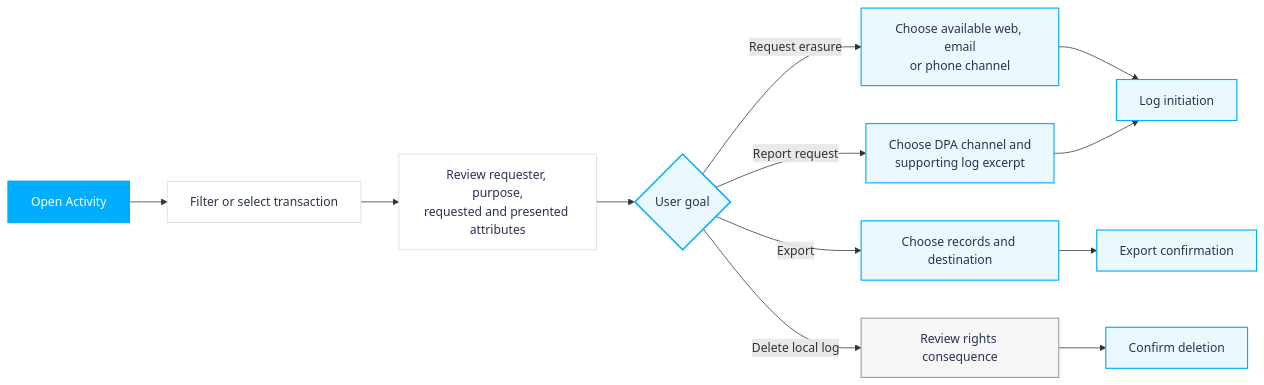
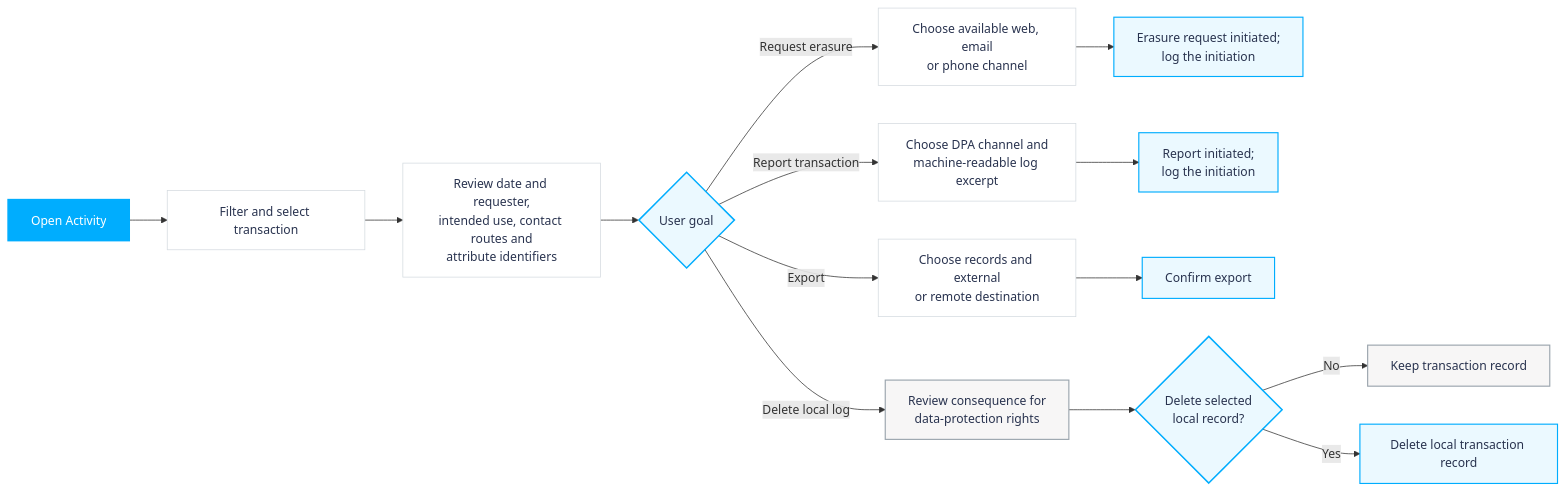
One commit to SensoryExplosion/SensoryExplosion.github.io changed the diagram in eudiw-case-study/assets/flows/sources/activity.mmd. Above: the diagram before and after it, drawn with Mermaid. The commit also changed 26 other files, not shown here.

```diff
--- a/eudiw-case-study/assets/flows/sources/activity.mmd
+++ b/eudiw-case-study/assets/flows/sources/activity.mmd
@@ -1,24 +1,25 @@
 flowchart LR
-  A[Open Activity] --> B[Filter or select transaction]
-  B --> C[Review requester, purpose,<br/>requested and presented attributes]
+  A[Open Activity] --> B[Filter and select transaction]
+  B --> C[Review date and requester,<br/>intended use, contact routes and<br/>attribute identifiers]
   C --> D{User goal}
   D -- Request erasure --> E[Choose available web, email<br/>or phone channel]
-  D -- Report request --> F[Choose DPA channel and<br/>supporting log excerpt]
-  D -- Export --> G[Choose records and destination]
-  D -- Delete local log --> H[Review rights consequence]
-  E --> I[Log initiation]
-  F --> I
-  G --> J[Export confirmation]
-  H --> K[Confirm deletion]
+  D -- Report transaction --> F[Choose DPA channel and<br/>machine-readable log excerpt]
+  D -- Export --> G[Choose records and external<br/>or remote destination]
+  D -- Delete local log --> H[Review consequence for<br/>data-protection rights]
+  E --> I[Erasure request initiated;<br/>log the initiation]
+  F --> J[Report initiated;<br/>log the initiation]
+  G --> K[Confirm export]
+  H --> L{Delete selected<br/>local record?}
+  L -- No --> M[Keep transaction record]
+  L -- Yes --> N[Delete local transaction record]
   classDef start fill:#00adfe,color:#ffffff,stroke:#00adfe,stroke-width:2px
   classDef secondary fill:#ffffff,color:#29334f,stroke:#d5dbe0,stroke-width:1px
   classDef decision fill:#00adfe14,color:#29334f,stroke:#00adfe,stroke-width:2px
   classDef action fill:#00adfe14,color:#29334f,stroke:#00adfe,stroke-width:1.5px
   classDef warning fill:#f7f6f6,color:#29334f,stroke:#9aa4ad,stroke-width:1.5px
   classDef success fill:#00adfe14,color:#29334f,stroke:#00adfe,stroke-width:1.5px
   class A start
-  class B,C secondary
-  class D decision
-  class E,F,G action
-  class H warning
-  class I,J,K success
+  class B,C,E,F,G secondary
+  class D,L decision
+  class H,M warning
+  class I,J,K,N success
```
